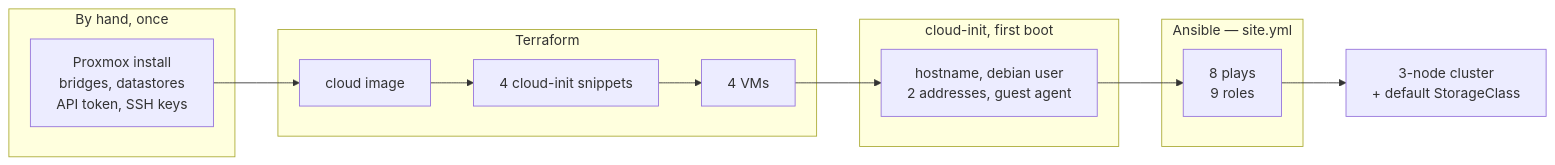
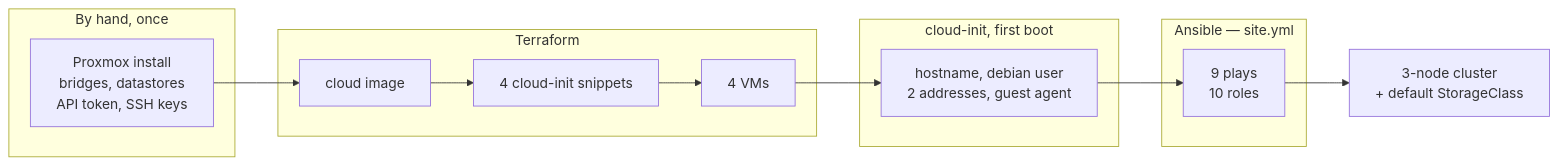
The first of 7 diagrams in docs/provisioning.md (TheElysium/homelab), drawn with Mermaid before and after one commit. The commit also changed other lines of this file and 11 other files, not shown here.

````diff
--- a/docs/provisioning.md
+++ b/docs/provisioning.md
@@ -11,22 +11,22 @@
 ```mermaid
 flowchart LR
     subgraph MANUAL["By hand, once"]
         PVE["Proxmox install<br/>bridges, datastores<br/>API token, SSH keys"]
     end
 
     subgraph TF["Terraform"]
         IMG["cloud image"]
         SNIP["4 cloud-init snippets"]
         VM["4 VMs"]
     end
 
     subgraph CI["cloud-init, first boot"]
         BOOT["hostname, debian user<br/>2 addresses, guest agent"]
     end
 
     subgraph ANS["Ansible — site.yml"]
-        PLAYS["8 plays<br/>9 roles"]
+        PLAYS["9 plays<br/>10 roles"]
     end
 
     PVE --> IMG --> SNIP --> VM --> BOOT --> PLAYS --> OUT["3-node cluster<br/>+ default StorageClass"]
 ```
````
